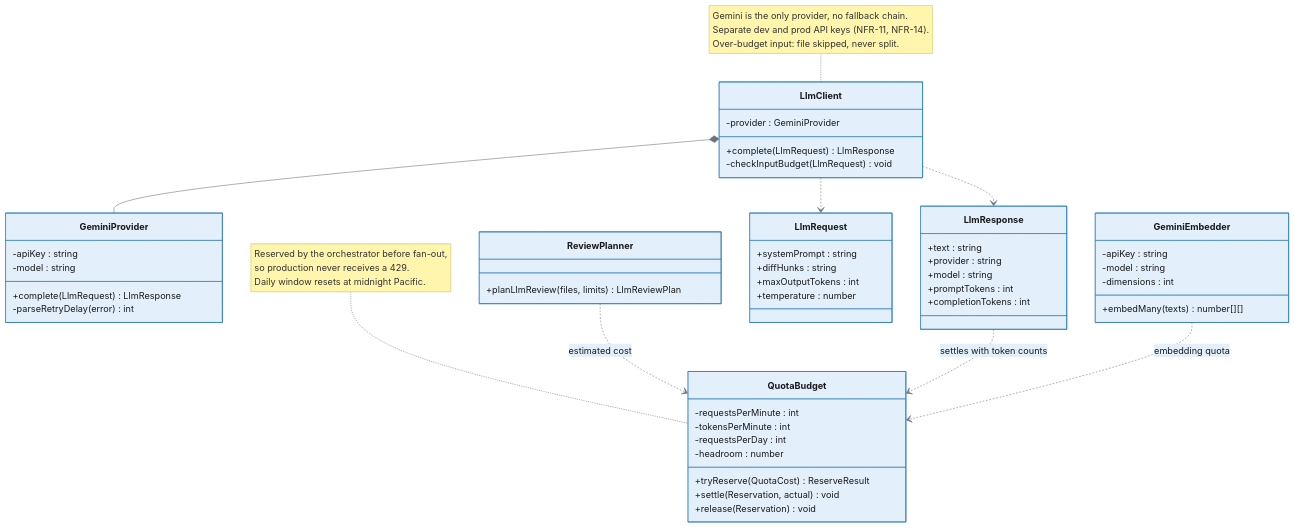
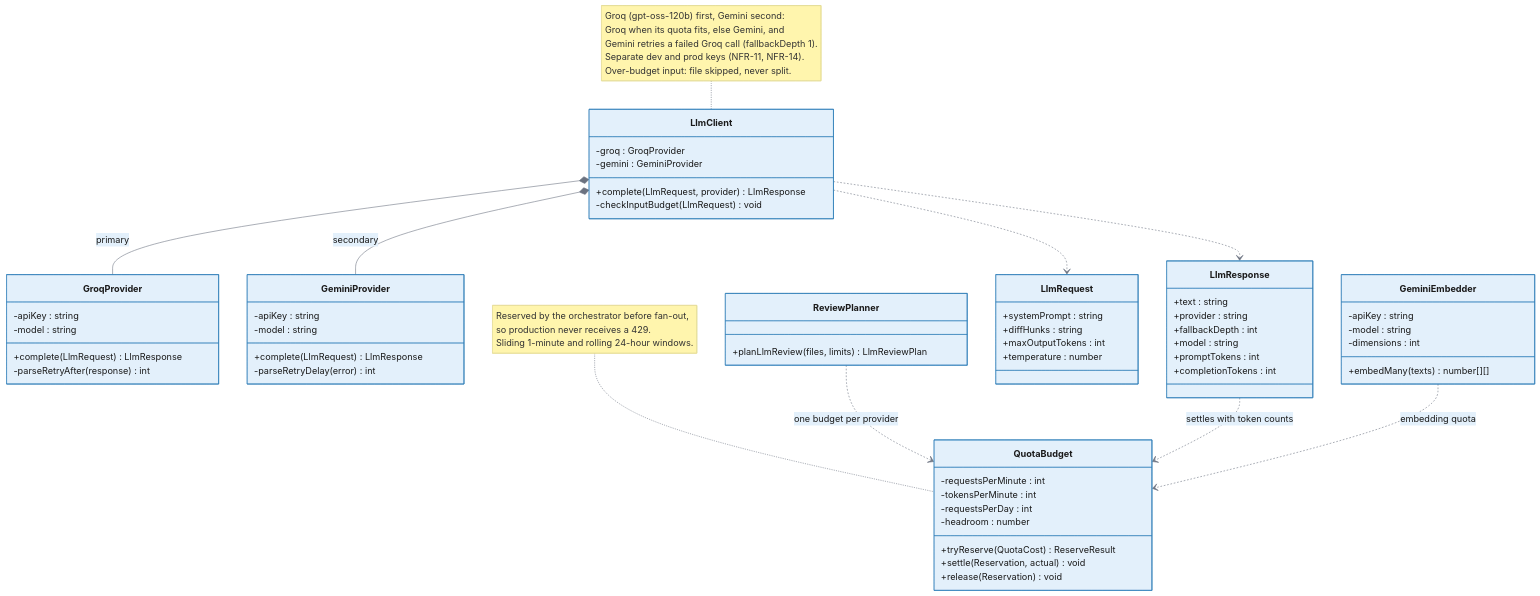
The diagram in docs/design/diagrams/mermaid/class_llm.mmd (sumit-0804/Code-Sentinel), drawn with Mermaid before and after one commit. The commit also changed 13 other files, not shown here.

Commit message:
Document Groq primary provider

```diff
--- a/docs/design/diagrams/mermaid/class_llm.mmd
+++ b/docs/design/diagrams/mermaid/class_llm.mmd
@@ -1,62 +1,72 @@
 %%{init: {"theme":"base","themeVariables":{"primaryColor":"#e3f0fb","primaryBorderColor":"#2f7fb8","lineColor":"#6b7280","primaryTextColor":"#1a1a1a"}} }%%
 classDiagram
     direction TB
 
     class LlmClient {
-        -provider : GeminiProvider
+        -groq : GroqProvider
+        -gemini : GeminiProvider
+        +complete(LlmRequest, provider) LlmResponse
+        -checkInputBudget(LlmRequest) void
+    }
+
+    class GroqProvider {
+        -apiKey : string
+        -model : string
         +complete(LlmRequest) LlmResponse
-        -checkInputBudget(LlmRequest) void
+        -parseRetryAfter(response) int
     }
 
     class GeminiProvider {
         -apiKey : string
         -model : string
         +complete(LlmRequest) LlmResponse
         -parseRetryDelay(error) int
     }
 
     class GeminiEmbedder {
         -apiKey : string
         -model : string
         -dimensions : int
         +embedMany(texts) number[][]
     }
 
     class QuotaBudget {
         -requestsPerMinute : int
         -tokensPerMinute : int
         -requestsPerDay : int
         -headroom : number
         +tryReserve(QuotaCost) ReserveResult
         +settle(Reservation, actual) void
         +release(Reservation) void
     }
 
     class ReviewPlanner {
         +planLlmReview(files, limits) LlmReviewPlan
     }
 
     class LlmRequest {
         +systemPrompt : string
         +diffHunks : string
         +maxOutputTokens : int
         +temperature : number
     }
 
     class LlmResponse {
         +text : string
         +provider : string
+        +fallbackDepth : int
         +model : string
         +promptTokens : int
         +completionTokens : int
     }
 
-    LlmClient *-- GeminiProvider
+    LlmClient *-- GroqProvider : primary
+    LlmClient *-- GeminiProvider : secondary
     LlmClient ..> LlmRequest
     LlmClient ..> LlmResponse
-    ReviewPlanner ..> QuotaBudget : estimated cost
+    ReviewPlanner ..> QuotaBudget : one budget per provider
     LlmResponse ..> QuotaBudget : settles with token counts
     GeminiEmbedder ..> QuotaBudget : embedding quota
 
-    note for LlmClient "Gemini is the only provider, no fallback chain.<br/>Separate dev and prod API keys (NFR-11, NFR-14).<br/>Over-budget input: file skipped, never split."
-    note for QuotaBudget "Reserved by the orchestrator before fan-out,<br/>so production never receives a 429.<br/>Daily window resets at midnight Pacific."
+    note for LlmClient "Groq (gpt-oss-120b) first, Gemini second:<br/>Groq when its quota fits, else Gemini, and<br/>Gemini retries a failed Groq call (fallbackDepth 1).<br/>Separate dev and prod keys (NFR-11, NFR-14).<br/>Over-budget input: file skipped, never split."
+    note for QuotaBudget "Reserved by the orchestrator before fan-out,<br/>so production never receives a 429.<br/>Sliding 1-minute and rolling 24-hour windows."
```
